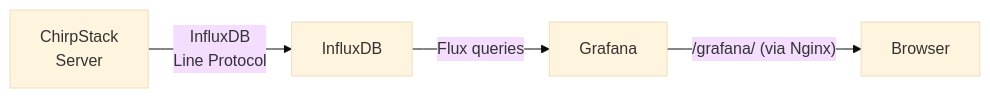
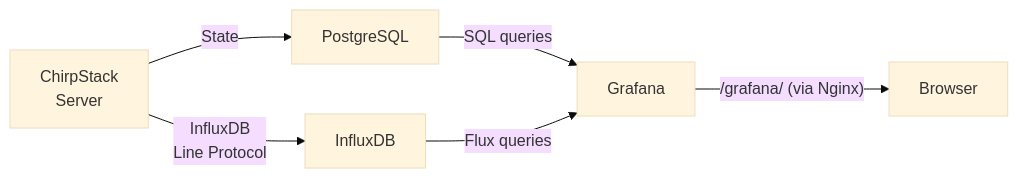
Before and after one commit to MachineSaver/chirpstack-deploy: the fifth of 5 diagrams in README.md, drawn with Mermaid (base theme). The commit also changed other lines of this file and 6 other files, not shown here.

````diff
--- a/README.md
+++ b/README.md
@@ -418,6 +420,8 @@
 ```mermaid
 flowchart LR
-    CS["ChirpStack\nServer"] -->|"InfluxDB\nLine Protocol"| IDB["InfluxDB"]
-    IDB -->|"Flux queries"| GRF["Grafana"]
+    CS["ChirpStack\nServer"] -->|"State"| PG["PostgreSQL"]
+    CS -->|"InfluxDB\nLine Protocol"| IDB["InfluxDB"]
+    PG -->|"SQL queries"| GRF["Grafana"]
+    IDB -->|"Flux queries"| GRF
     GRF -->|"/grafana/ (via Nginx)"| USER["Browser"]
 ```
````
